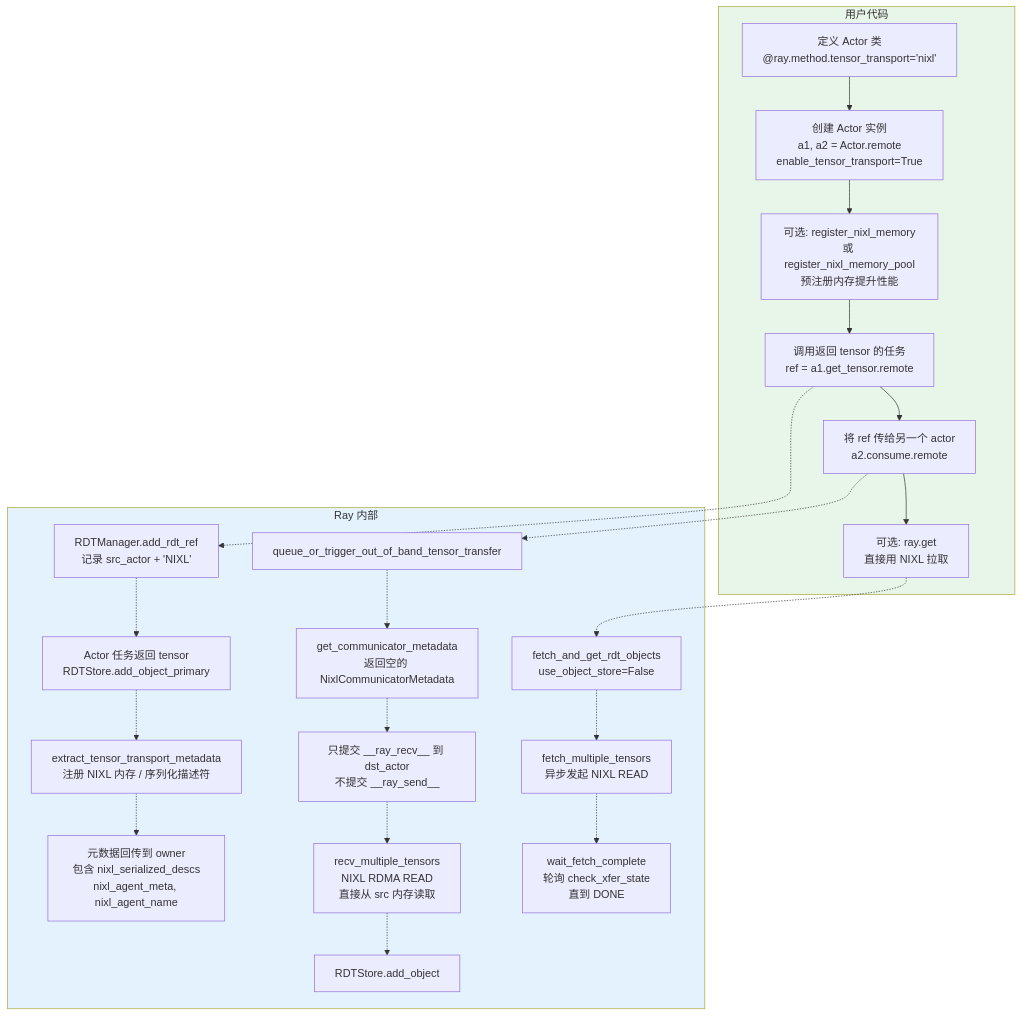
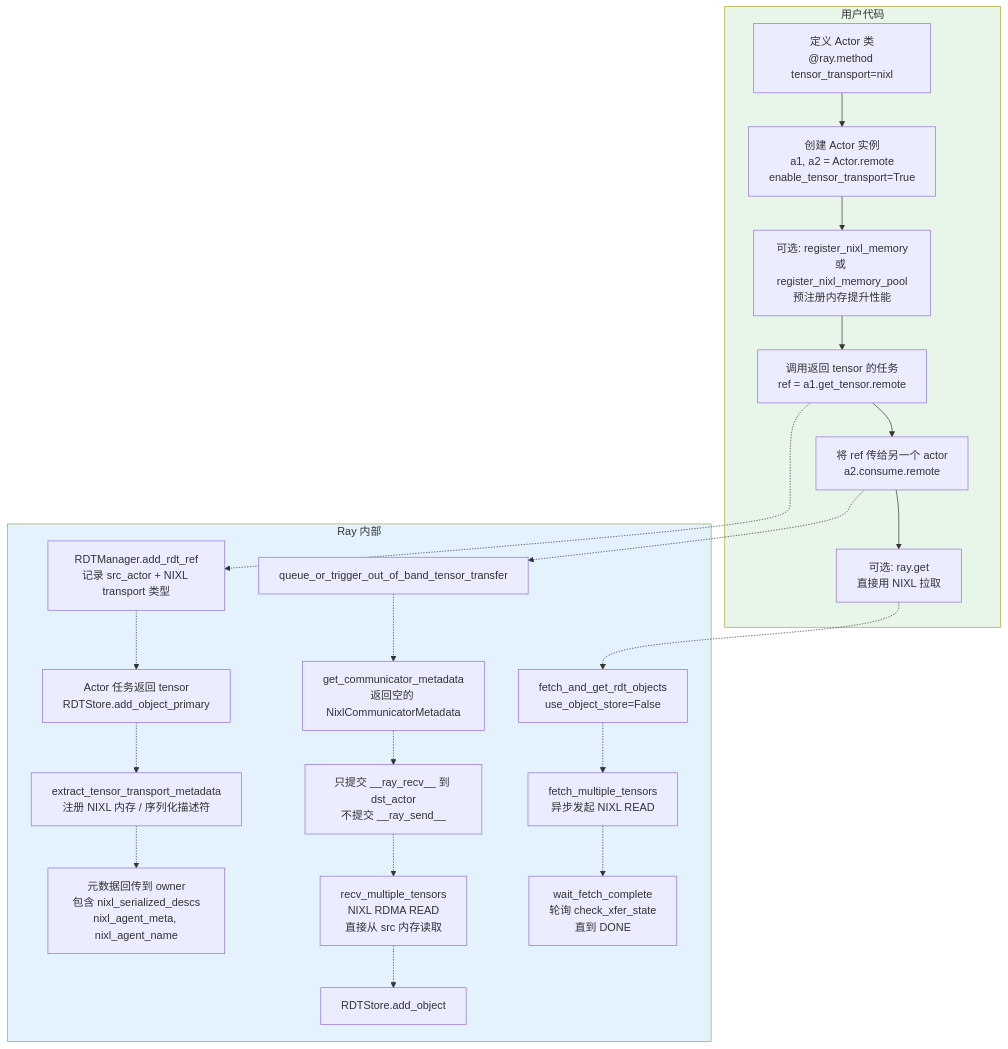
The third of 8 diagrams in doc/source/ray-core/direct-transport/rdt-architecture-analysis.md (wangguimin18-boop/ray-project), drawn with Mermaid before and after one commit. The commit also changed other lines of this file, not shown here.

Commit message:
fix(rdt): use quoted node labels and remove parens/quotes from all mermaid diagram text

````diff
--- a/doc/source/ray-core/direct-transport/rdt-architecture-analysis.md
+++ b/doc/source/ray-core/direct-transport/rdt-architecture-analysis.md
@@ -270,28 +270,28 @@
 ```mermaid
 flowchart TB
     subgraph UserCode["用户代码"]
-        A[定义 Actor 类<br>@ray.method.tensor_transport='nixl'] --> B[创建 Actor 实例<br>a1, a2 = Actor.remote<br>enable_tensor_transport=True]
+        A["定义 Actor 类<br>@ray.method tensor_transport=nixl"] --> B["创建 Actor 实例<br>a1, a2 = Actor.remote<br>enable_tensor_transport=True"]
         B --> C[可选: register_nixl_memory<br>或 register_nixl_memory_pool<br>预注册内存提升性能]
         C --> D[调用返回 tensor 的任务<br>ref = a1.get_tensor.remote]
         D --> E[将 ref 传给另一个 actor<br>a2.consume.remote]
         E --> F[可选: ray.get<br>直接用 NIXL 拉取]
     end
 
     subgraph RayInternals["Ray 内部"]
-        D -.-> D1[RDTManager.add_rdt_ref<br>记录 src_actor + 'NIXL']
+        D -.-> D1[RDTManager.add_rdt_ref<br>记录 src_actor + NIXL transport 类型]
         D1 -.-> D2[Actor 任务返回 tensor<br>RDTStore.add_object_primary]
         D2 -.-> D3[extract_tensor_transport_metadata<br>注册 NIXL 内存 / 序列化描述符]
         D3 -.-> D4[元数据回传到 owner<br>包含 nixl_serialized_descs<br>nixl_agent_meta, nixl_agent_name]
         E -.-> E1[queue_or_trigger_out_of_band_tensor_transfer]
         E1 -.-> E2[get_communicator_metadata<br>返回空的 NixlCommunicatorMetadata]
         E2 -.-> E3[只提交 __ray_recv__ 到 dst_actor<br>不提交 __ray_send__]
         E3 -.-> E4[recv_multiple_tensors<br>NIXL RDMA READ<br>直接从 src 内存读取]
         E4 -.-> E5[RDTStore.add_object]
         F -.-> F1[fetch_and_get_rdt_objects<br>use_object_store=False]
         F1 -.-> F2[fetch_multiple_tensors<br>异步发起 NIXL READ]
         F2 -.-> F3[wait_fetch_complete<br>轮询 check_xfer_state<br>直到 DONE]
     end
 
     style UserCode fill:#e8f5e9
     style RayInternals fill:#e3f2fd
 ```
````
